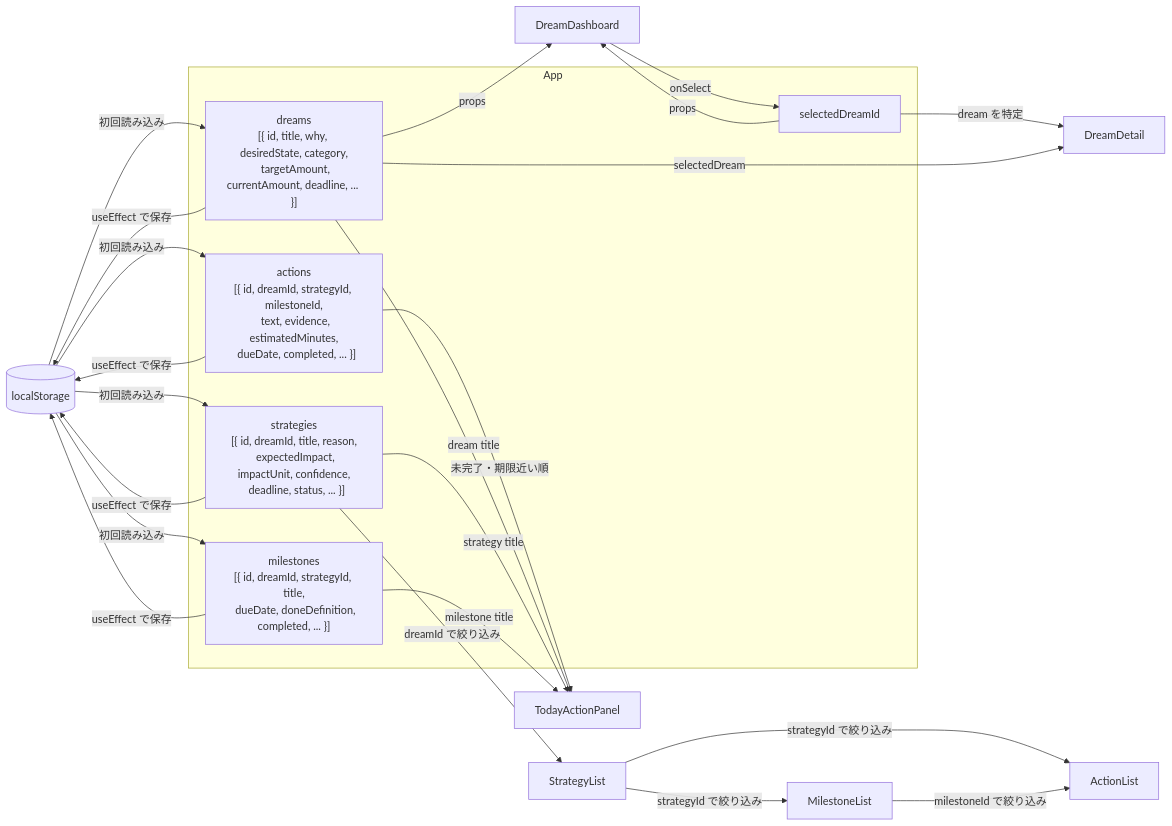
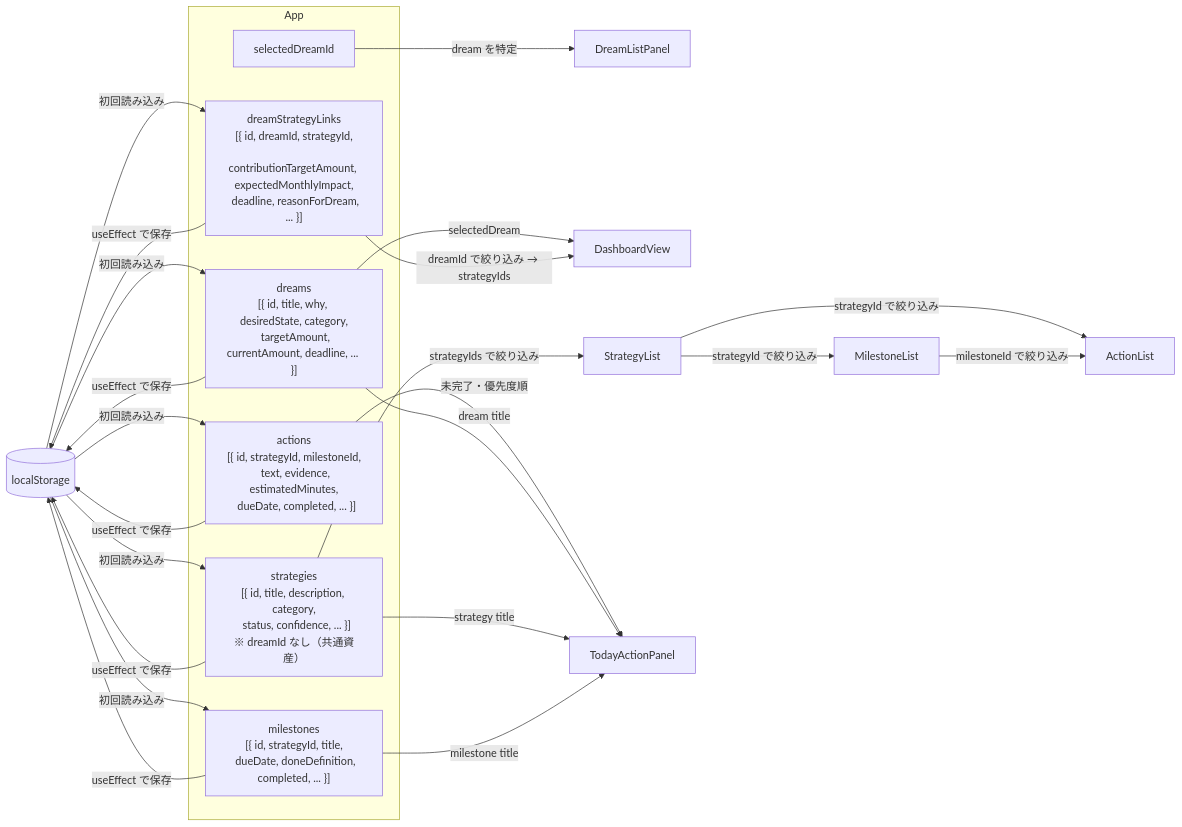
The second of 9 diagrams in design.md (nalohm59-rgb/mycompass), drawn with Mermaid before and after one commit. The commit also changed other lines of this file and 41 other files, not shown here.

````diff
--- a/design.md
+++ b/design.md
@@ -72,38 +92,38 @@
 ```mermaid
 flowchart LR
     LS[(localStorage)]
 
     subgraph App
         dreams["dreams\n[{ id, title, why, desiredState, category,\n  targetAmount, currentAmount, deadline, ... }]"]
-        strategies["strategies\n[{ id, dreamId, title, reason,\n  expectedImpact, impactUnit, confidence,\n  deadline, status, ... }]"]
-        milestones["milestones\n[{ id, dreamId, strategyId, title,\n  dueDate, doneDefinition, completed, ... }]"]
-        actions["actions\n[{ id, dreamId, strategyId, milestoneId,\n  text, evidence, estimatedMinutes,\n  dueDate, completed, ... }]"]
+        strategies["strategies\n[{ id, title, description, category,\n  status, confidence, ... }]\n※ dreamId なし（共通資産）"]
+        links["dreamStrategyLinks\n[{ id, dreamId, strategyId,\n  contributionTargetAmount, expectedMonthlyImpact,\n  deadline, reasonForDream, ... }]"]
+        milestones["milestones\n[{ id, strategyId, title,\n  dueDate, doneDefinition, completed, ... }]"]
+        actions["actions\n[{ id, strategyId, milestoneId,\n  text, evidence, estimatedMinutes,\n  dueDate, completed, ... }]"]
         selectedDreamId["selectedDreamId"]
     end
 
     LS -->|初回読み込み| dreams
     LS -->|初回読み込み| strategies
+    LS -->|初回読み込み| links
     LS -->|初回読み込み| milestones
     LS -->|初回読み込み| actions
 
     dreams -->|useEffect で保存| LS
     strategies -->|useEffect で保存| LS
+    links -->|useEffect で保存| LS
     milestones -->|useEffect で保存| LS
     actions -->|useEffect で保存| LS
 
-    dreams -->|props| DreamDashboard
-    selectedDreamId -->|props| DreamDashboard
-    DreamDashboard -->|onSelect| selectedDreamId
-
-    selectedDreamId -->|dream を特定| DreamDetail
-    dreams -->|selectedDream| DreamDetail
-    strategies -->|dreamId で絞り込み| StrategyList
+    selectedDreamId -->|dream を特定| DreamListPanel
+    dreams -->|selectedDream| DashboardView
+    links -->|dreamId で絞り込み → strategyIds| DashboardView
+    strategies -->|strategyIds で絞り込み| StrategyList
     StrategyList -->|strategyId で絞り込み| MilestoneList
     StrategyList -->|strategyId で絞り込み| ActionList
     MilestoneList -->|milestoneId で絞り込み| ActionList
 
-    actions -->|未完了・期限近い順| TodayActionPanel
+    actions -->|未完了・優先度順| TodayActionPanel
     dreams -->|dream title| TodayActionPanel
     strategies -->|strategy title| TodayActionPanel
     milestones -->|milestone title| TodayActionPanel
 ```
````
